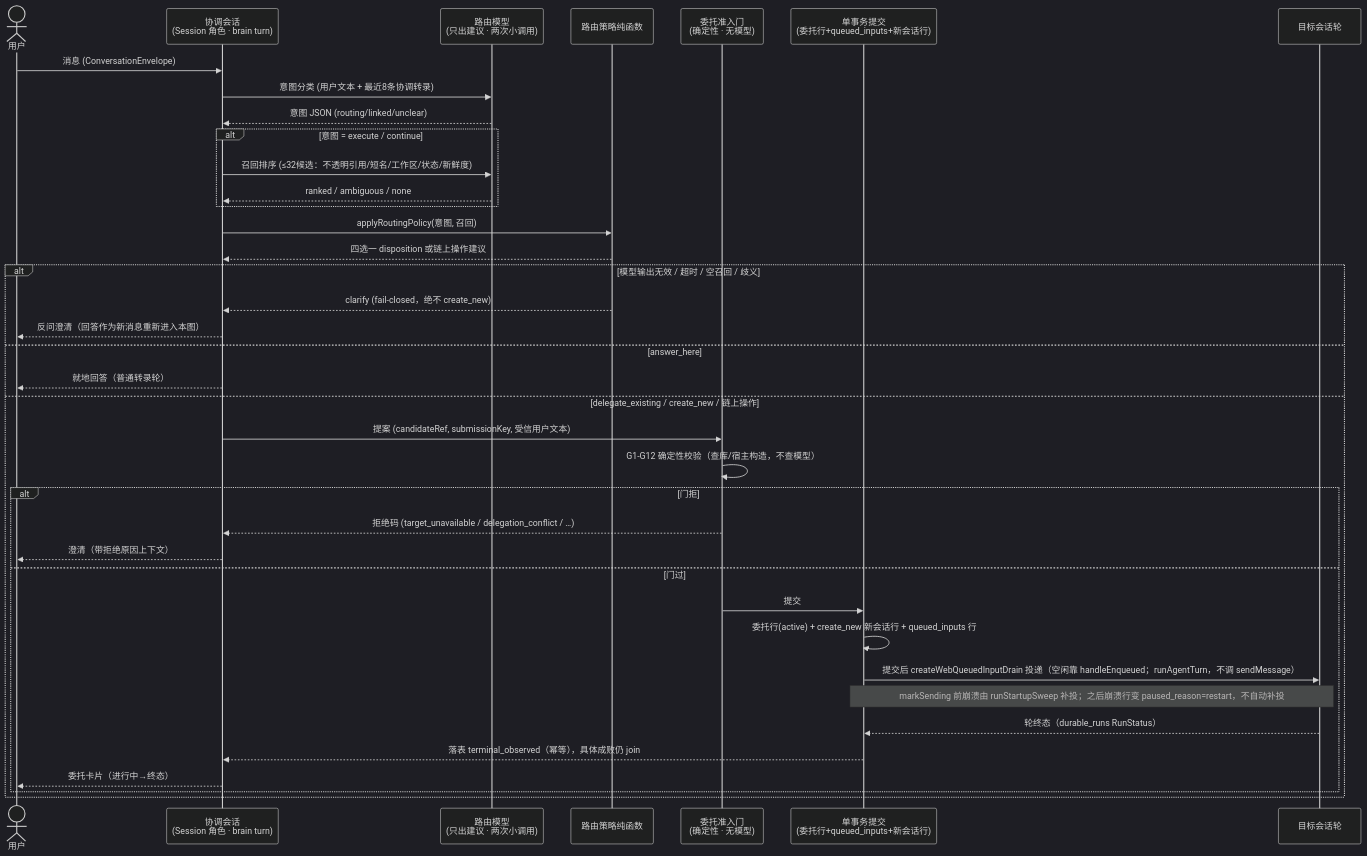
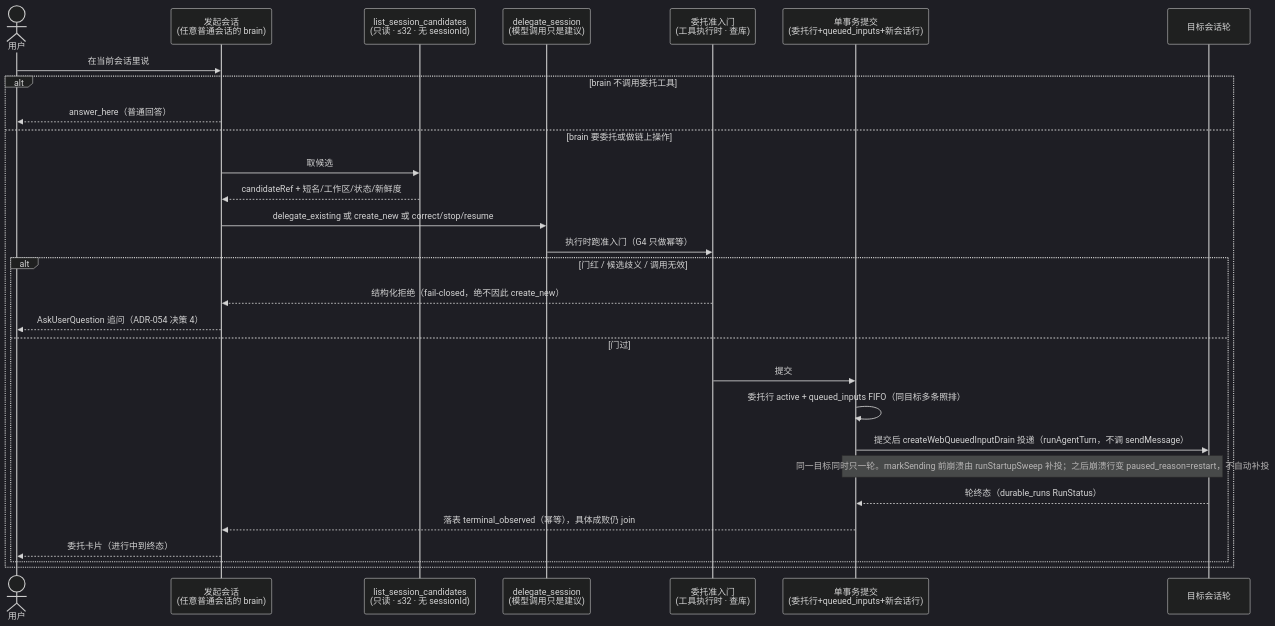
The second of 3 diagrams in docs/architecture/decisions/ADR-072-cross-session-coordination.md (baochipham942-eng/code-agent), drawn with Mermaid (dark theme) before and after one commit. The commit also changed other lines of this file, not shown here.

First line of the commit message:
docs/workhub adr r4 (#2059)

````diff
--- a/docs/architecture/decisions/ADR-072-cross-session-coordination.md
+++ b/docs/architecture/decisions/ADR-072-cross-session-coordination.md
@@ -81,41 +95,32 @@
 ```mermaid
 sequenceDiagram
     actor U as 用户
-    participant C as 协调会话<br>(Session 角色 · brain turn)
-    participant R as 路由模型<br>(只出建议 · 两次小调用)
-    participant P as 路由策略纯函数
-    participant G as 委托准入门<br>(确定性 · 无模型)
+    participant O as 发起会话<br>(任意普通会话的 brain)
+    participant L as list_session_candidates<br>(只读 · ≤32 · 无 sessionId)
+    participant T as delegate_session<br>(模型调用只是建议)
+    participant G as 委托准入门<br>(工具执行时 · 查库)
     participant D as 单事务提交<br>(委托行+queued_inputs+新会话行)
-    participant T as 目标会话轮
+    participant S as 目标会话轮
 
-    U->>C: 消息 (ConversationEnvelope)
-    C->>R: 意图分类 (用户文本 + 最近8条协调转录)
-    R-->>C: 意图 JSON (routing/linked/unclear)
-    alt 意图 = execute / continue
-        C->>R: 召回排序 (≤32候选：不透明引用/短名/工作区/状态/新鲜度)
-        R-->>C: ranked / ambiguous / none
-    end
-    C->>P: applyRoutingPolicy(意图, 召回)
-    P-->>C: 四选一 disposition 或链上操作建议
-    alt 模型输出无效 / 超时 / 空召回 / 歧义
-        P-->>C: clarify (fail-closed，绝不 create_new)
-        C-->>U: 反问澄清（回答作为新消息重新进入本图）
-    else answer_here
-        C-->>U: 就地回答（普通转录轮）
-    else delegate_existing / create_new / 链上操作
-        C->>G: 提案 (candidateRef, submissionKey, 受信用户文本)
-        G->>G: G1-G12 确定性校验（查库/宿主构造，不查模型）
-        alt 门拒
-            G-->>C: 拒绝码 (target_unavailable / delegation_conflict / …)
-            C-->>U: 澄清（带拒绝原因上下文）
+    U->>O: 在当前会话里说
+    alt brain 不调用委托工具
+        O-->>U: answer_here（普通回答）
+    else brain 要委托或做链上操作
+        O->>L: 取候选
+        L-->>O: candidateRef + 短名/工作区/状态/新鲜度
+        O->>T: delegate_existing 或 create_new 或 correct/stop/resume
+        T->>G: 执行时跑准入门（G4 只做幂等）
+        alt 门红 / 候选歧义 / 调用无效
+            G-->>O: 结构化拒绝（fail-closed，绝不因此 create_new）
+            O-->>U: AskUserQuestion 追问（ADR-054 决策 4）
         else 门过
             G->>D: 提交
-            D->>D: 委托行(active) + create_new 新会话行 + queued_inputs 行
-            D->>T: 提交后 createWebQueuedInputDrain 投递（空闲靠 handleEnqueued；runAgentTurn，不调 sendMessage）
-            Note over D,T: markSending 前崩溃由 runStartupSweep 补投；之后崩溃行变 paused_reason=restart，不自动补投
-            T-->>D: 轮终态（durable_runs RunStatus）
-            D-->>C: 落表 terminal_observed（幂等），具体成败仍 join
-            C-->>U: 委托卡片（进行中→终态）
+            D->>D: 委托行 active + queued_inputs FIFO（同目标多条照排）
+            D->>S: 提交后 createWebQueuedInputDrain 投递（runAgentTurn，不调 sendMessage）
+            Note over D,S: 同一目标同时只一轮。markSending 前崩溃由 runStartupSweep 补投；之后崩溃行变 paused_reason=restart，不自动补投
+            S-->>D: 轮终态（durable_runs RunStatus）
+            D-->>O: 落表 terminal_observed（幂等），具体成败仍 join
+            O-->>U: 委托卡片（进行中到终态）
         end
     end
 ```
````
